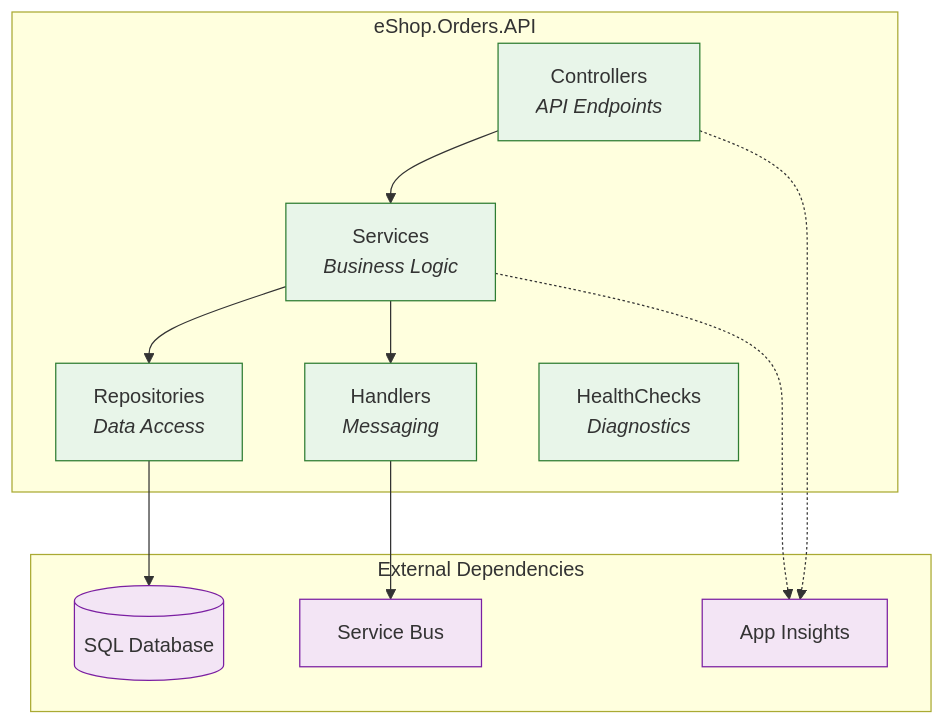
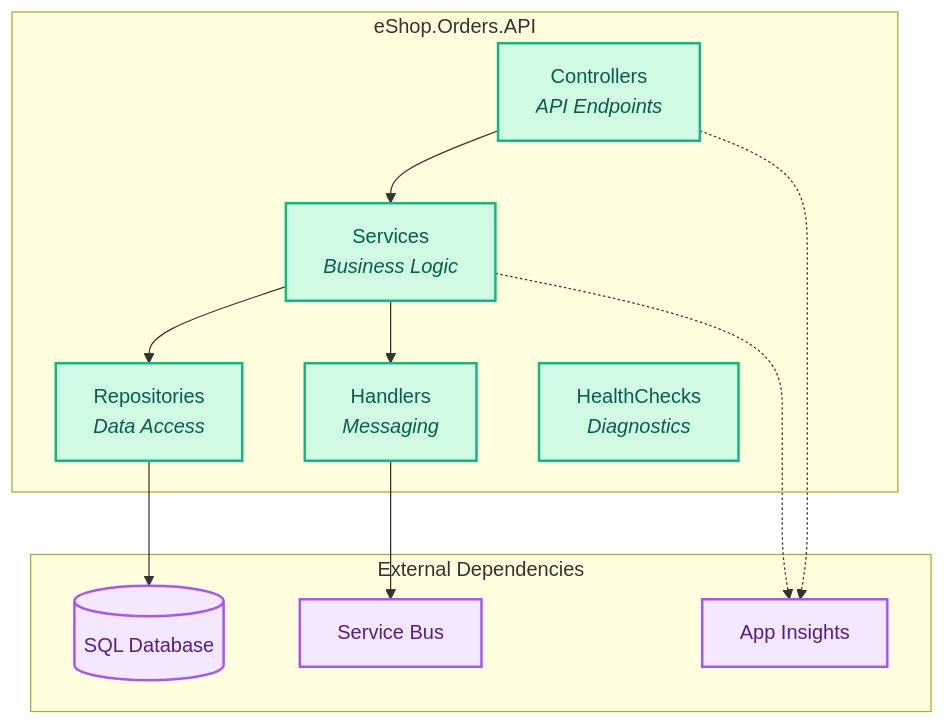
One commit to Evilazaro/Azure-LogicApps-Monitoring changed the second of 6 diagrams in docs/architecture/03-application-architecture.md. Above: the diagram before and after it, drawn with Mermaid. The commit also changed other lines of this file and 4 other files, not shown here.

Commit message:
feat(docs): Enhance architecture documentation with detailed diagrams and modern color palette

````diff
--- a/docs/architecture/03-application-architecture.md
+++ b/docs/architecture/03-application-architecture.md
@@ -156,30 +158,35 @@
 ```mermaid
 flowchart TB
+    %% eShop.Orders.API Component Architecture
     subgraph API["eShop.Orders.API"]
         Controllers["Controllers<br/><i>API Endpoints</i>"]
         Services["Services<br/><i>Business Logic</i>"]
         Repositories["Repositories<br/><i>Data Access</i>"]
         Handlers["Handlers<br/><i>Messaging</i>"]
         HealthChecks["HealthChecks<br/><i>Diagnostics</i>"]
     end
 
     subgraph External["External Dependencies"]
         DB[("SQL Database")]
         SB["Service Bus"]
         AI["App Insights"]
     end
 
+    %% Internal flow
     Controllers --> Services
     Services --> Repositories
     Services --> Handlers
+
+    %% External connections
     Repositories --> DB
     Handlers --> SB
     Controllers -.-> AI
     Services -.-> AI
 
-    classDef internal fill:#e8f5e9,stroke:#2e7d32
-    classDef external fill:#f3e5f5,stroke:#7b1fa2
+    %% Modern color palette - WCAG AA compliant
+    classDef internal fill:#D1FAE5,stroke:#10B981,stroke-width:2px,color:#065F46
+    classDef external fill:#F3E8FF,stroke:#A855F7,stroke-width:2px,color:#581C87
 
     class Controllers,Services,Repositories,Handlers,HealthChecks internal
     class DB,SB,AI external
 ```
````
